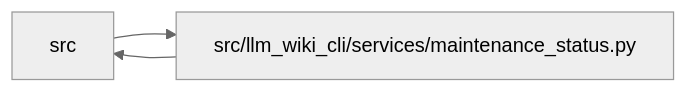
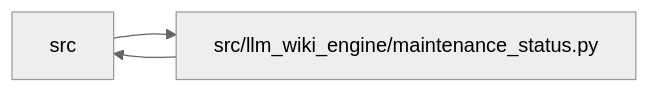
The diagram in docs/llm_wiki/modules/maintenance_status.md (Denissvgn/python-wiki-llm), drawn with Mermaid (neutral theme) before and after one commit. The commit also changed other lines of this file and 1058 other files, not shown here.

````diff
--- a/docs/llm_wiki/modules/maintenance_status.md
+++ b/docs/llm_wiki/modules/maintenance_status.md
@@ -41,8 +37,8 @@
 ```mermaid
 flowchart LR
     n0["src"]
-    n1["src/llm_wiki_cli/services/maintenance_status.py"]
+    n1["src/llm_wiki_engine/maintenance_status.py"]
     n0 --> n1
     n1 --> n0
     click n1 "../modules/maintenance_status.md"
 ```
````
